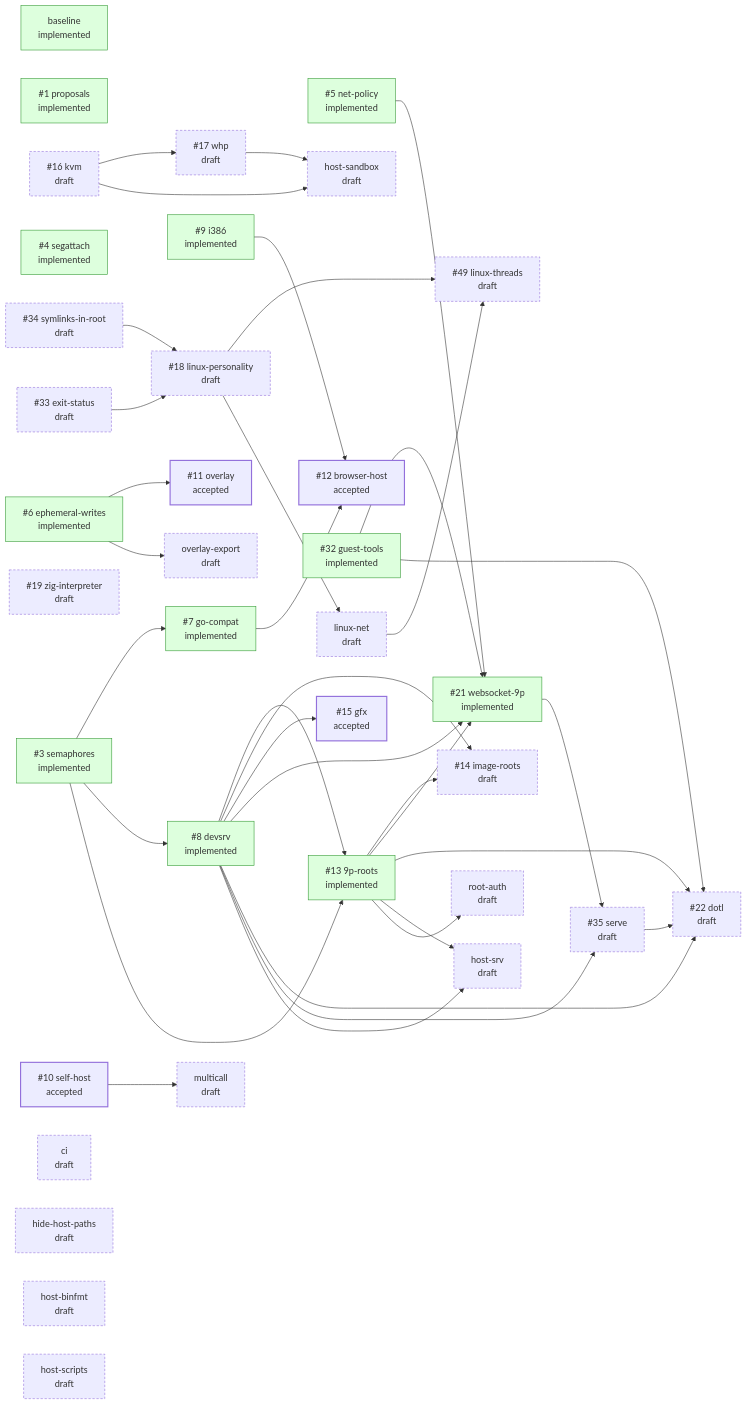
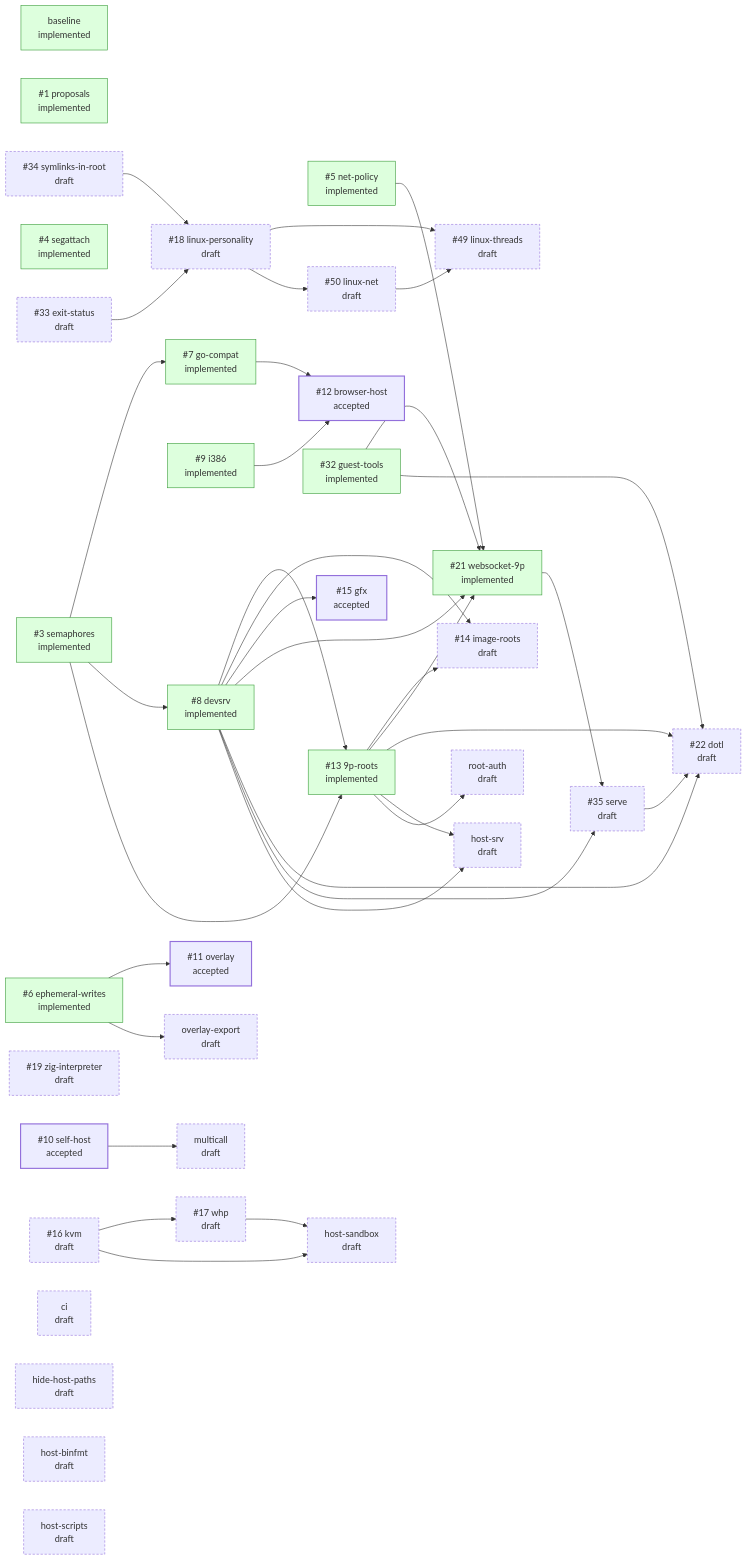
The diagram in README.md (progrium/hyper9), drawn with Mermaid before and after one commit. The commit also changed other lines of this file and 4 other files, not shown here.

Commit message:
design: file linux-net as #50

````diff
--- a/README.md
+++ b/README.md
@@ -54,76 +54,76 @@
 ```mermaid
 flowchart LR
   classDef draft stroke-dasharray: 4 3
   classDef accepted stroke-width: 2px
   classDef implemented fill:#dfd,stroke:#393
   classDef closed fill:#eee,stroke:#999,color:#777
   p_baseline["baseline<br/>implemented"]:::implemented
   p_proposals["#35;1 proposals<br/>implemented"]:::implemented
   p_semaphores["#35;3 semaphores<br/>implemented"]:::implemented
   p_segattach["#35;4 segattach<br/>implemented"]:::implemented
   p_net_policy["#35;5 net-policy<br/>implemented"]:::implemented
   p_ephemeral_writes["#35;6 ephemeral-writes<br/>implemented"]:::implemented
   p_go_compat["#35;7 go-compat<br/>implemented"]:::implemented
   p_devsrv["#35;8 devsrv<br/>implemented"]:::implemented
   p_i386["#35;9 i386<br/>implemented"]:::implemented
   p_self_host["#35;10 self-host<br/>accepted"]:::accepted
   p_overlay["#35;11 overlay<br/>accepted"]:::accepted
   p_browser_host["#35;12 browser-host<br/>accepted"]:::accepted
   p_9p_roots["#35;13 9p-roots<br/>implemented"]:::implemented
   p_image_roots["#35;14 image-roots<br/>draft"]:::draft
   p_gfx["#35;15 gfx<br/>accepted"]:::accepted
   p_kvm["#35;16 kvm<br/>draft"]:::draft
   p_whp["#35;17 whp<br/>draft"]:::draft
   p_linux_personality["#35;18 linux-personality<br/>draft"]:::draft
   p_zig_interpreter["#35;19 zig-interpreter<br/>draft"]:::draft
   p_websocket_9p["#35;21 websocket-9p<br/>implemented"]:::implemented
   p_dotl["#35;22 dotl<br/>draft"]:::draft
   p_guest_tools["#35;32 guest-tools<br/>implemented"]:::implemented
   p_exit_status["#35;33 exit-status<br/>draft"]:::draft
   p_symlinks_in_root["#35;34 symlinks-in-root<br/>draft"]:::draft
   p_serve["#35;35 serve<br/>draft"]:::draft
   p_linux_threads["#35;49 linux-threads<br/>draft"]:::draft
+  p_linux_net["#35;50 linux-net<br/>draft"]:::draft
   p_ci["ci<br/>draft"]:::draft
   p_hide_host_paths["hide-host-paths<br/>draft"]:::draft
   p_host_binfmt["host-binfmt<br/>draft"]:::draft
   p_host_sandbox["host-sandbox<br/>draft"]:::draft
   p_host_scripts["host-scripts<br/>draft"]:::draft
   p_host_srv["host-srv<br/>draft"]:::draft
-  p_linux_net["linux-net<br/>draft"]:::draft
   p_multicall["multicall<br/>draft"]:::draft
   p_overlay_export["overlay-export<br/>draft"]:::draft
   p_root_auth["root-auth<br/>draft"]:::draft
   p_semaphores --> p_go_compat
   p_semaphores --> p_devsrv
   p_ephemeral_writes --> p_overlay
   p_go_compat --> p_browser_host
   p_i386 --> p_browser_host
   p_semaphores --> p_9p_roots
   p_devsrv --> p_9p_roots
   p_devsrv --> p_image_roots
   p_9p_roots --> p_image_roots
   p_devsrv --> p_gfx
   p_kvm --> p_whp
   p_symlinks_in_root --> p_linux_personality
   p_exit_status --> p_linux_personality
   p_net_policy --> p_websocket_9p
   p_devsrv --> p_websocket_9p
   p_9p_roots --> p_websocket_9p
   p_guest_tools --> p_websocket_9p
   p_devsrv --> p_dotl
   p_9p_roots --> p_dotl
   p_serve --> p_dotl
   p_guest_tools --> p_dotl
   p_devsrv --> p_serve
   p_websocket_9p --> p_serve
   p_linux_personality --> p_linux_threads
   p_linux_net --> p_linux_threads
+  p_linux_personality --> p_linux_net
   p_kvm --> p_host_sandbox
   p_whp --> p_host_sandbox
   p_devsrv --> p_host_srv
   p_9p_roots --> p_host_srv
-  p_linux_personality --> p_linux_net
   p_self_host --> p_multicall
   p_ephemeral_writes --> p_overlay_export
   p_9p_roots --> p_root_auth
 ```
````
